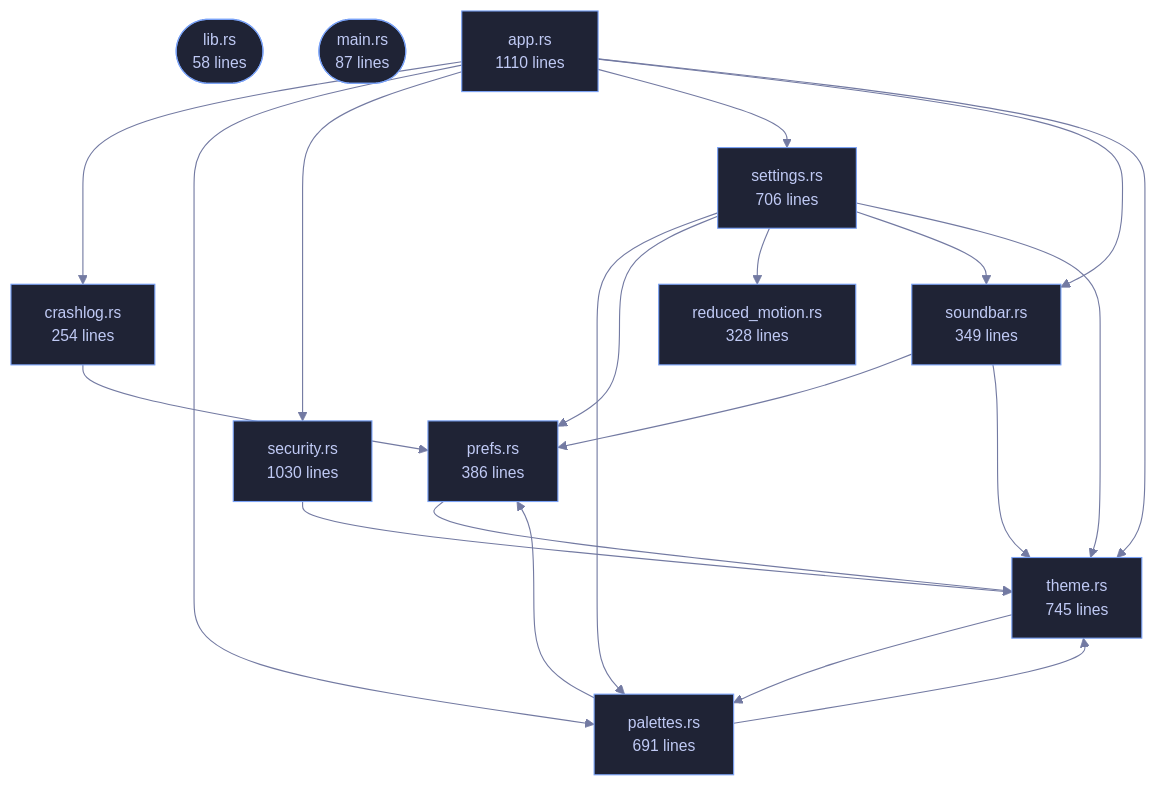
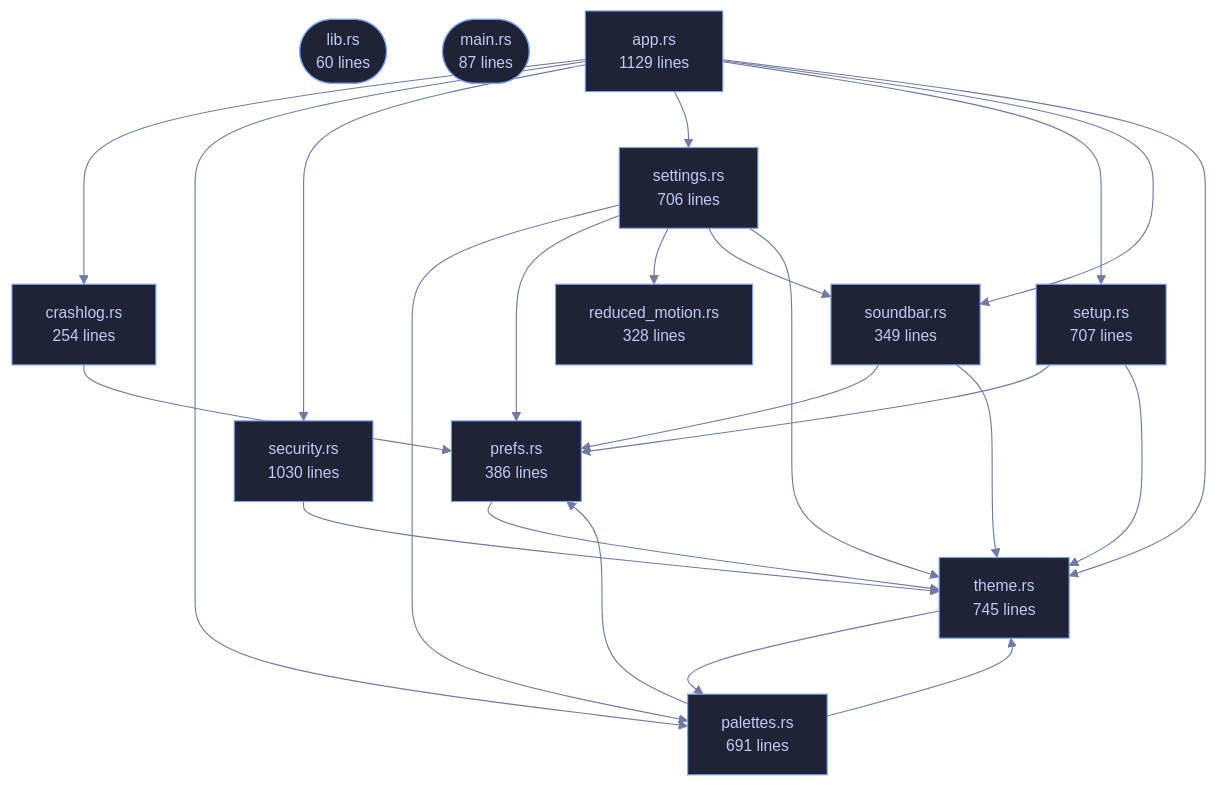
One commit to tilas01/veilvoice changed the diagram in wiki/Crate-veilvoice-gui.md. Above: the diagram before and after it, drawn with Mermaid. The commit also changed other lines of this file and 61 other files, not shown here.

````diff
--- a/wiki/Crate-veilvoice-gui.md
+++ b/wiki/Crate-veilvoice-gui.md
@@ -58,45 +59,50 @@
 ```mermaid
 %%{init: {"theme":"base","themeVariables":{"background":"#1a1b26","primaryColor":"#1f2335","primaryTextColor":"#c0caf5","primaryBorderColor":"#7aa2f7","secondaryColor":"#16161e","tertiaryColor":"#16161e","lineColor":"#737aa2","textColor":"#c0caf5","mainBkg":"#1f2335","nodeBorder":"#7aa2f7","clusterBkg":"#16161e","clusterBorder":"#2f3549","fontFamily":"ui-monospace, SFMono-Regular, Consolas, monospace","fontSize":"14px"}}}%%
 flowchart TD
-    n_lib(["lib.rs<br/>58 lines"])
+    n_lib(["lib.rs<br/>60 lines"])
     n_main(["main.rs<br/>87 lines"])
-    n_app["app.rs<br/>1110 lines"]
+    n_app["app.rs<br/>1129 lines"]
     n_crashlog["crashlog.rs<br/>254 lines"]
     n_palettes["palettes.rs<br/>691 lines"]
     n_prefs["prefs.rs<br/>386 lines"]
     n_reduced_motion["reduced_motion.rs<br/>328 lines"]
     n_security["security.rs<br/>1030 lines"]
     n_settings["settings.rs<br/>706 lines"]
+    n_setup["setup.rs<br/>707 lines"]
     n_soundbar["soundbar.rs<br/>349 lines"]
     n_theme["theme.rs<br/>745 lines"]
     n_app --> n_crashlog
     n_app --> n_palettes
     n_app --> n_security
     n_app --> n_settings
+    n_app --> n_setup
     n_app --> n_soundbar
     n_app --> n_theme
     n_crashlog --> n_prefs
     n_palettes --> n_prefs
     n_palettes --> n_theme
     n_prefs --> n_theme
     n_security --> n_theme
     n_settings --> n_palettes
     n_settings --> n_prefs
     n_settings --> n_reduced_motion
     n_settings --> n_soundbar
     n_settings --> n_theme
+    n_setup --> n_prefs
+    n_setup --> n_theme
     n_soundbar --> n_prefs
     n_soundbar --> n_theme
     n_theme --> n_palettes
     click n_lib href "https://github.com/tilas01/veilvoice/blob/main/crates/veilvoice-gui/src/lib.rs" "open the source"
     click n_main href "https://github.com/tilas01/veilvoice/blob/main/crates/veilvoice-gui/src/main.rs" "open the source"
     click n_app href "https://github.com/tilas01/veilvoice/blob/main/crates/veilvoice-gui/src/app.rs" "open the source"
     click n_crashlog href "https://github.com/tilas01/veilvoice/blob/main/crates/veilvoice-gui/src/crashlog.rs" "open the source"
     click n_palettes href "https://github.com/tilas01/veilvoice/blob/main/crates/veilvoice-gui/src/palettes.rs" "open the source"
     click n_prefs href "https://github.com/tilas01/veilvoice/blob/main/crates/veilvoice-gui/src/prefs.rs" "open the source"
     click n_reduced_motion href "https://github.com/tilas01/veilvoice/blob/main/crates/veilvoice-gui/src/reduced_motion.rs" "open the source"
     click n_security href "https://github.com/tilas01/veilvoice/blob/main/crates/veilvoice-gui/src/security.rs" "open the source"
     click n_settings href "https://github.com/tilas01/veilvoice/blob/main/crates/veilvoice-gui/src/settings.rs" "open the source"
+    click n_setup href "https://github.com/tilas01/veilvoice/blob/main/crates/veilvoice-gui/src/setup.rs" "open the source"
     click n_soundbar href "https://github.com/tilas01/veilvoice/blob/main/crates/veilvoice-gui/src/soundbar.rs" "open the source"
     click n_theme href "https://github.com/tilas01/veilvoice/blob/main/crates/veilvoice-gui/src/theme.rs" "open the source"
 ```
````
